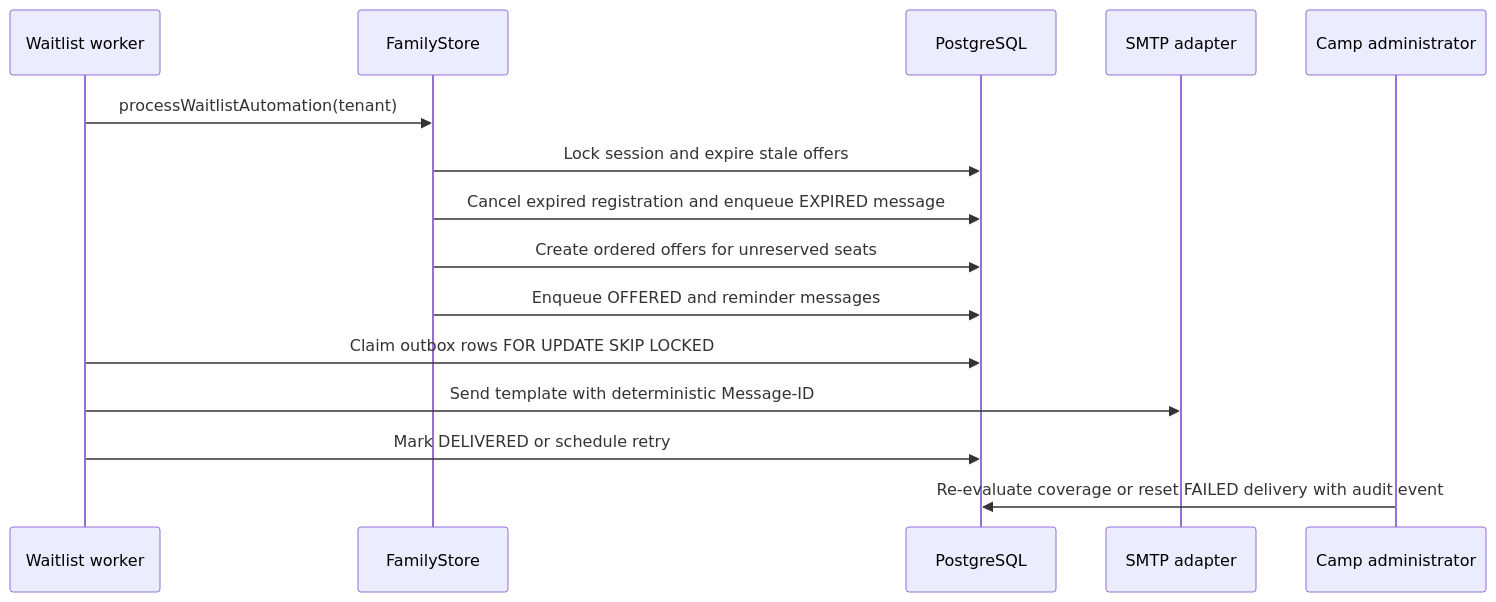
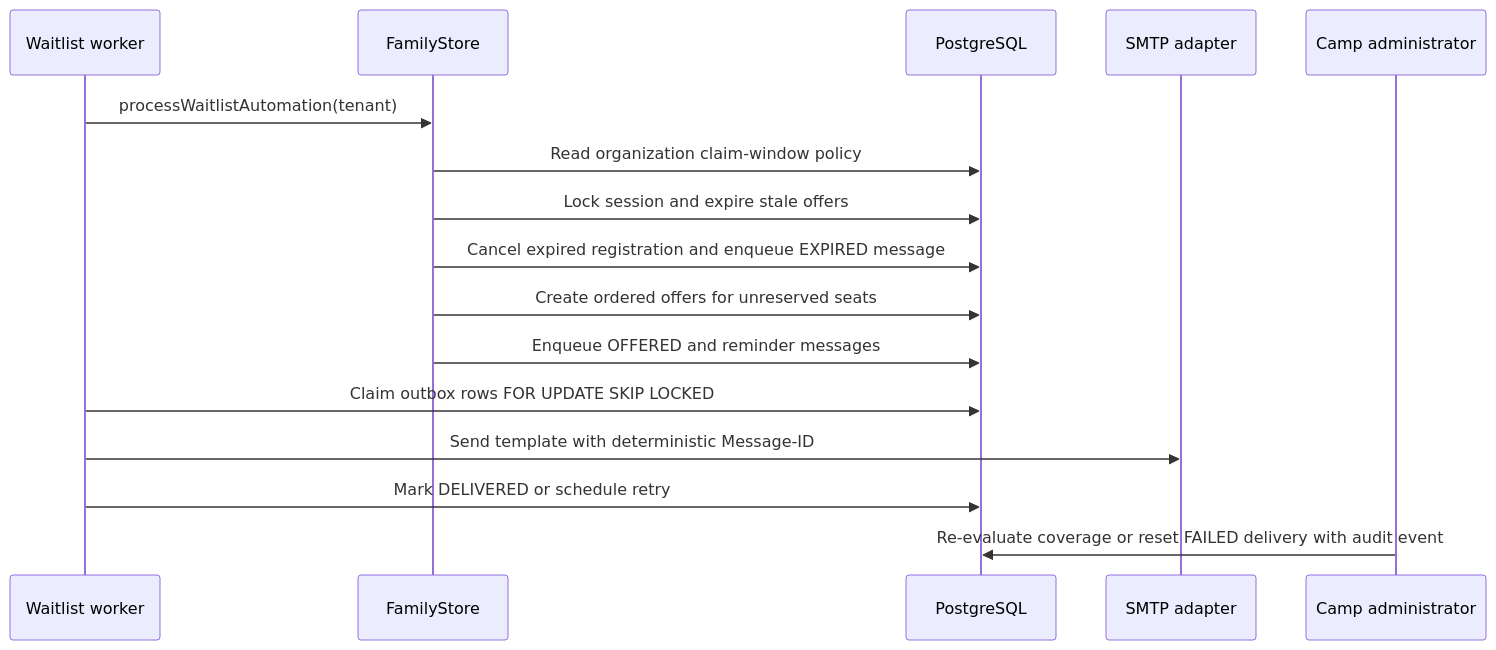
Diagram 13 of 14 in docs/data-flow-and-process-flows.md (jrcarrera/camp-registration), drawn with Mermaid before and after one commit. The commit also changed other lines of this file and 29 other files, not shown here.

First line of the commit message:
feat: implement organization waitlist offer duration policy

````diff
--- a/docs/data-flow-and-process-flows.md
+++ b/docs/data-flow-and-process-flows.md
@@ -721,18 +722,19 @@
 ```mermaid
 sequenceDiagram
     participant Worker as Waitlist worker
     participant Store as FamilyStore
     participant DB as PostgreSQL
     participant SMTP as SMTP adapter
     participant Admin as Camp administrator
 
     Worker->>Store: processWaitlistAutomation(tenant)
+    Store->>DB: Read organization claim-window policy
     Store->>DB: Lock session and expire stale offers
     Store->>DB: Cancel expired registration and enqueue EXPIRED message
     Store->>DB: Create ordered offers for unreserved seats
     Store->>DB: Enqueue OFFERED and reminder messages
     Worker->>DB: Claim outbox rows FOR UPDATE SKIP LOCKED
     Worker->>SMTP: Send template with deterministic Message-ID
     Worker->>DB: Mark DELIVERED or schedule retry
     Admin->>DB: Re-evaluate coverage or reset FAILED delivery with audit event
 ```
````
